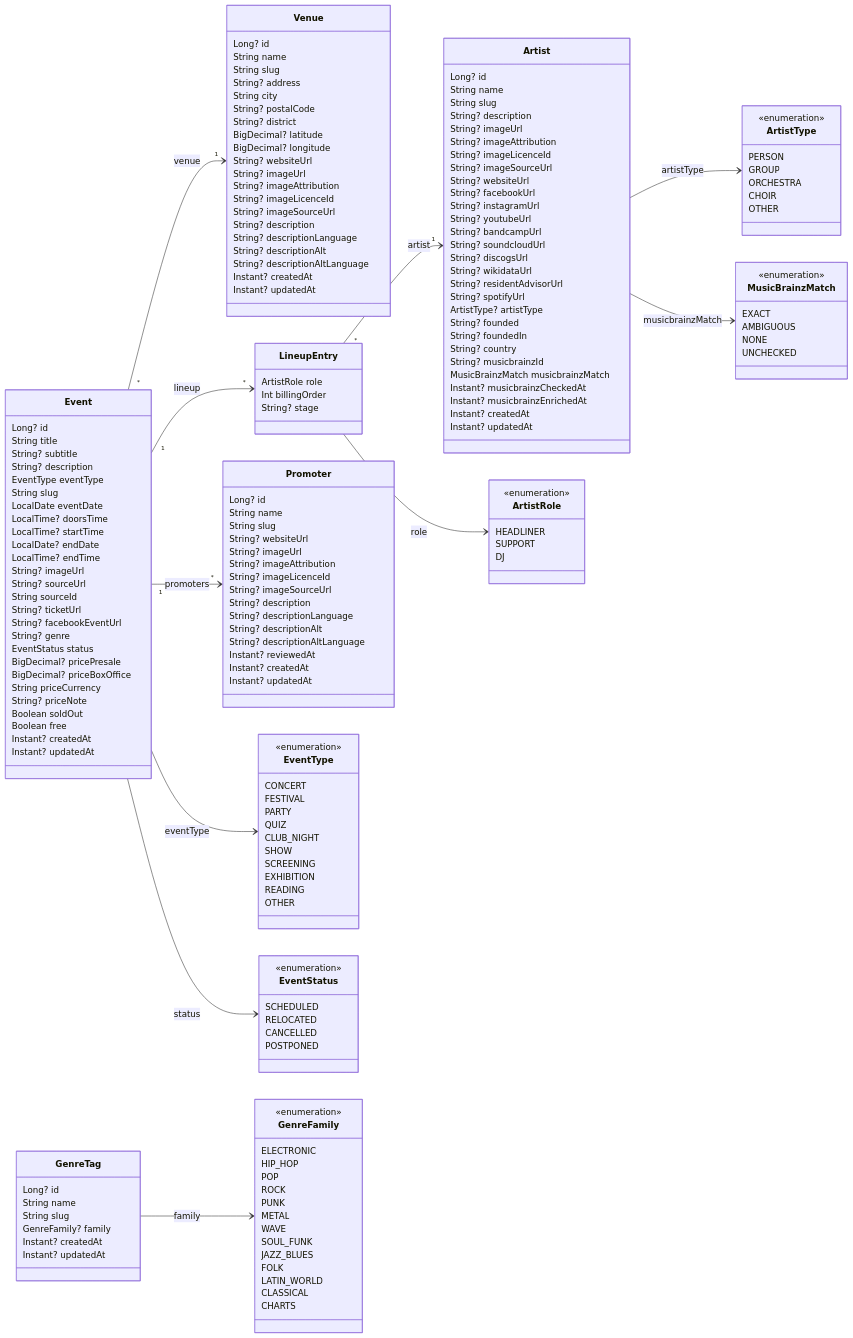
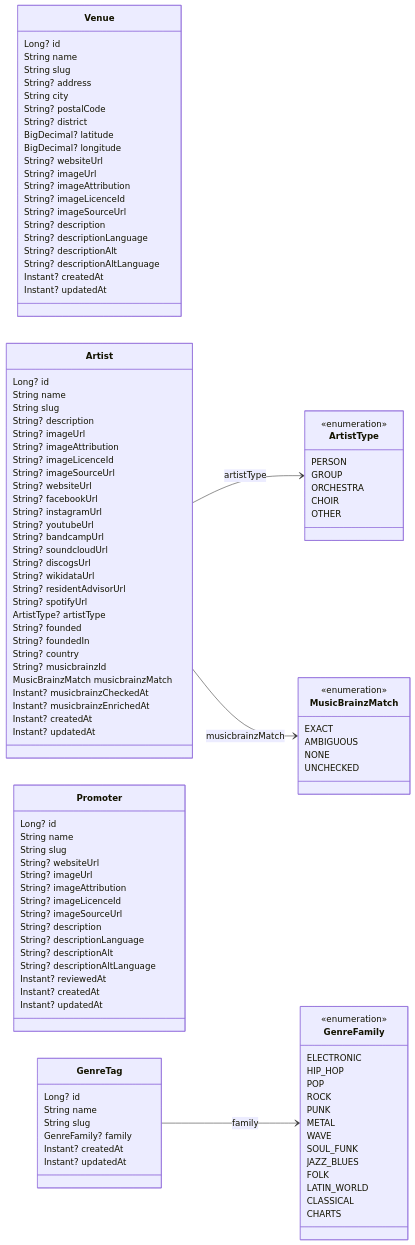
The diagram in docs/DATA_MODEL.md (enorm-labs/event-junkie), drawn with Mermaid before and after one commit. The commit also changed other lines of this file and 15 other files, not shown here.

```diff
--- a/docs/DATA_MODEL.md
+++ b/docs/DATA_MODEL.md
@@ -47,41 +47,6 @@
         String? descriptionAltLanguage
         Instant? createdAt
         Instant? updatedAt
-    }
-
-    class Event {
-        Long? id
-        String title
-        String? subtitle
-        String? description
-        EventType eventType
-        String slug
-        LocalDate eventDate
-        LocalTime? doorsTime
-        LocalTime? startTime
-        LocalDate? endDate
-        LocalTime? endTime
-        String? imageUrl
-        String? sourceUrl
-        String sourceId
-        String? ticketUrl
-        String? facebookEventUrl
-        String? genre
-        EventStatus status
-        BigDecimal? pricePresale
-        BigDecimal? priceBoxOffice
-        String priceCurrency
-        String? priceNote
-        Boolean soldOut
-        Boolean free
-        Instant? createdAt
-        Instant? updatedAt
-    }
-
-    class LineupEntry {
-        ArtistRole role
-        Int billingOrder
-        String? stage
     }
 
     class Artist {
@@ -142,35 +107,6 @@
         Instant? updatedAt
     }
 
-    class EventType {
-        <<enumeration>>
-        CONCERT
-        FESTIVAL
-        PARTY
-        QUIZ
-        CLUB_NIGHT
-        SHOW
-        SCREENING
-        EXHIBITION
-        READING
-        OTHER
-    }
-
-    class EventStatus {
-        <<enumeration>>
-        SCHEDULED
-        RELOCATED
-        CANCELLED
-        POSTPONED
-    }
-
-    class ArtistRole {
-        <<enumeration>>
-        HEADLINER
-        SUPPORT
-        DJ
-    }
-
     class ArtistType {
         <<enumeration>>
         PERSON
@@ -205,13 +141,6 @@
         CHARTS
     }
 
-    Event "*" --> "1" Venue: venue
-    Event "1" --> "*" LineupEntry: lineup
-    Event "1" --> "*" Promoter: promoters
-    Event --> EventType: eventType
-    Event --> EventStatus: status
-    LineupEntry "*" --> "1" Artist: artist
-    LineupEntry --> ArtistRole: role
     Artist --> ArtistType: artistType
     Artist --> MusicBrainzMatch: musicbrainzMatch
     GenreTag --> GenreFamily: family
```
